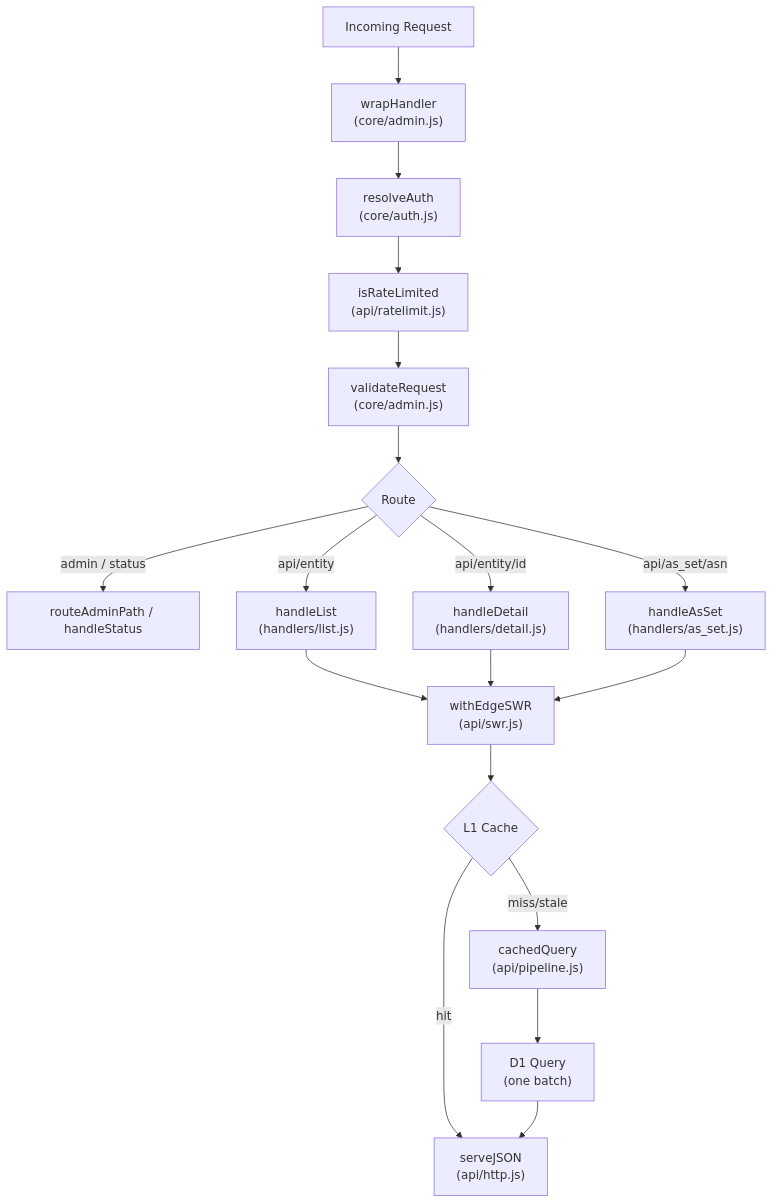
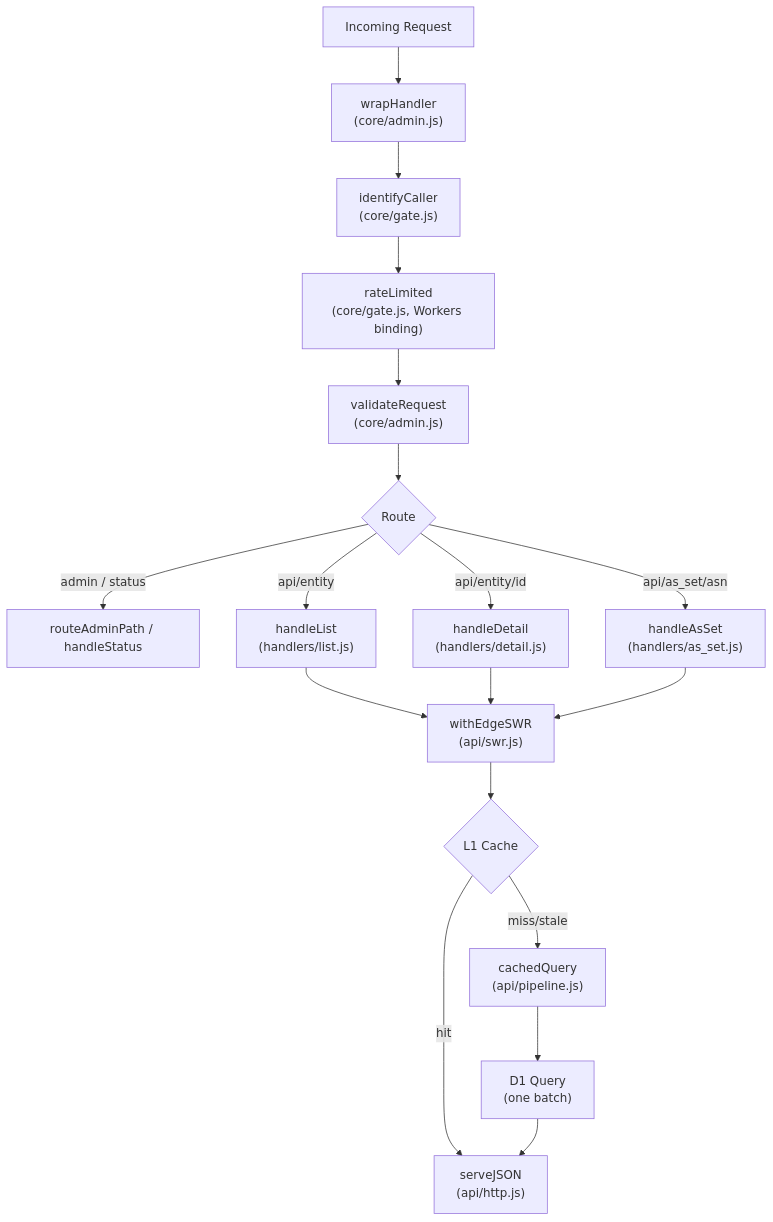
One commit to remcovanmook/pdbfe changed the first of 2 diagrams in workers/index.md. Above: the diagram before and after it, drawn with Mermaid. The commit also changed other lines of this file and 21 other files, not shown here.

````diff
--- a/workers/index.md
+++ b/workers/index.md
@@ -7,24 +7,24 @@
 ```mermaid
 graph TD
     REQ["Incoming Request"] --> WRAP["wrapHandler<br/>(core/admin.js)"]
-    WRAP --> AUTH["resolveAuth<br/>(core/auth.js)"]
-    AUTH --> RL["isRateLimited<br/>(api/ratelimit.js)"]
+    WRAP --> AUTH["identifyCaller<br/>(core/gate.js)"]
+    AUTH --> RL["rateLimited<br/>(core/gate.js, Workers binding)"]
     RL --> VALID["validateRequest<br/>(core/admin.js)"]
     VALID --> ROUTE{"Route"}
 
     ROUTE -->|"admin / status"| ADMIN["routeAdminPath / handleStatus"]
     ROUTE -->|"api/entity"| LIST["handleList<br/>(handlers/list.js)"]
     ROUTE -->|"api/entity/id"| DETAIL["handleDetail<br/>(handlers/detail.js)"]
     ROUTE -->|"api/as_set/asn"| ASSET["handleAsSet<br/>(handlers/as_set.js)"]
 
     LIST --> SWR["withEdgeSWR<br/>(api/swr.js)"]
     DETAIL --> SWR
     ASSET --> SWR
 
     SWR --> L1{"L1 Cache"}
     L1 -->|"hit"| RESP["serveJSON<br/>(api/http.js)"]
     L1 -->|"miss/stale"| PIPE["cachedQuery<br/>(api/pipeline.js)"]
 
     PIPE --> D1["D1 Query<br/>(one batch)"]
     D1 --> RESP
 ```
````
